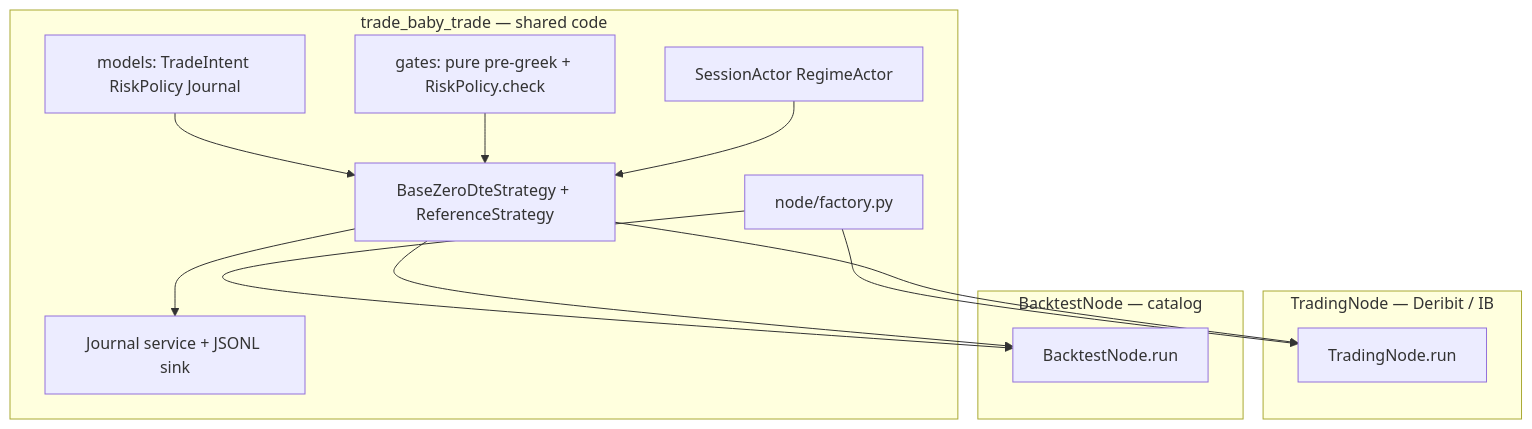
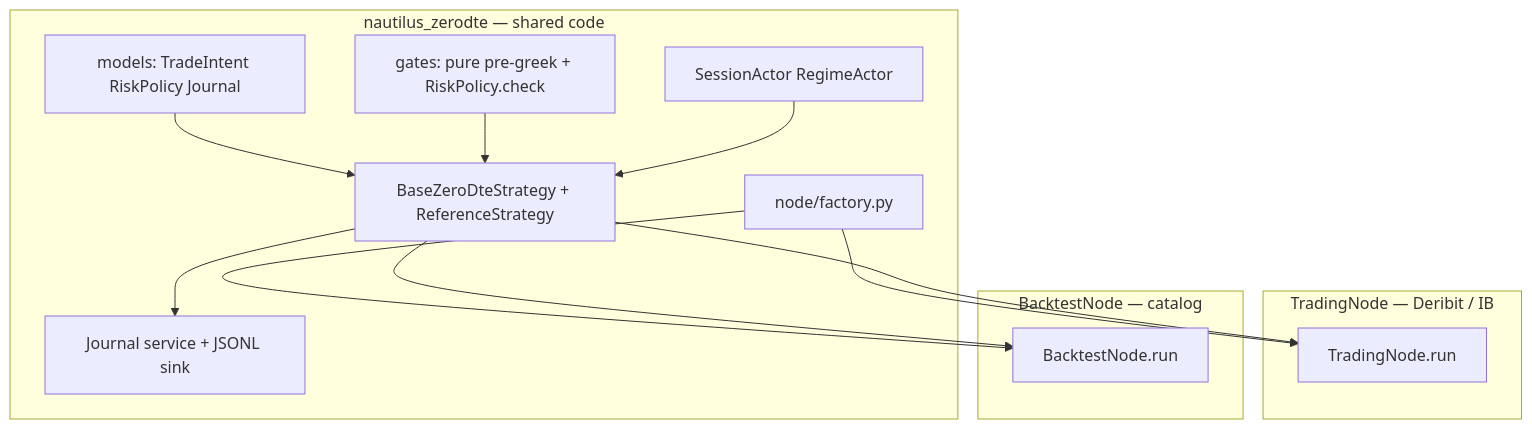
The second of 2 diagrams in .cursor/plans/0dte_implementation_plan_5c4f2990.plan.md (abhushansahu/nautilus-quant-scaffold), drawn with Mermaid before and after one commit. The commit also changed other lines of this file and 94 other files, not shown here.

First line of the commit message:
Rename project to nautilus-zerodte.

````diff
--- a/.cursor/plans/0dte_implementation_plan_5c4f2990.plan.md
+++ b/.cursor/plans/0dte_implementation_plan_5c4f2990.plan.md
@@ -120,28 +120,28 @@
 ```mermaid
 flowchart TB
-  subgraph shared [trade_baby_trade — shared code]
+  subgraph shared [nautilus_zerodte — shared code]
     Models[models: TradeIntent RiskPolicy Journal]
     Gates[gates: pure pre-greek + RiskPolicy.check]
     Actors[SessionActor RegimeActor]
     Strat[BaseZeroDteStrategy + ReferenceStrategy]
     NodeFactory[node/factory.py]
     JournalSvc[Journal service + JSONL sink]
   end
 
   subgraph nt_live [TradingNode — Deribit / IB]
     TN[TradingNode.run]
   end
 
   subgraph nt_bt [BacktestNode — catalog]
     BN[BacktestNode.run]
   end
 
   NodeFactory --> TN
   NodeFactory --> BN
   Models --> Strat
   Gates --> Strat
   Actors --> Strat
   Strat --> JournalSvc
   Strat --> TN
   Strat --> BN
 ```
````
